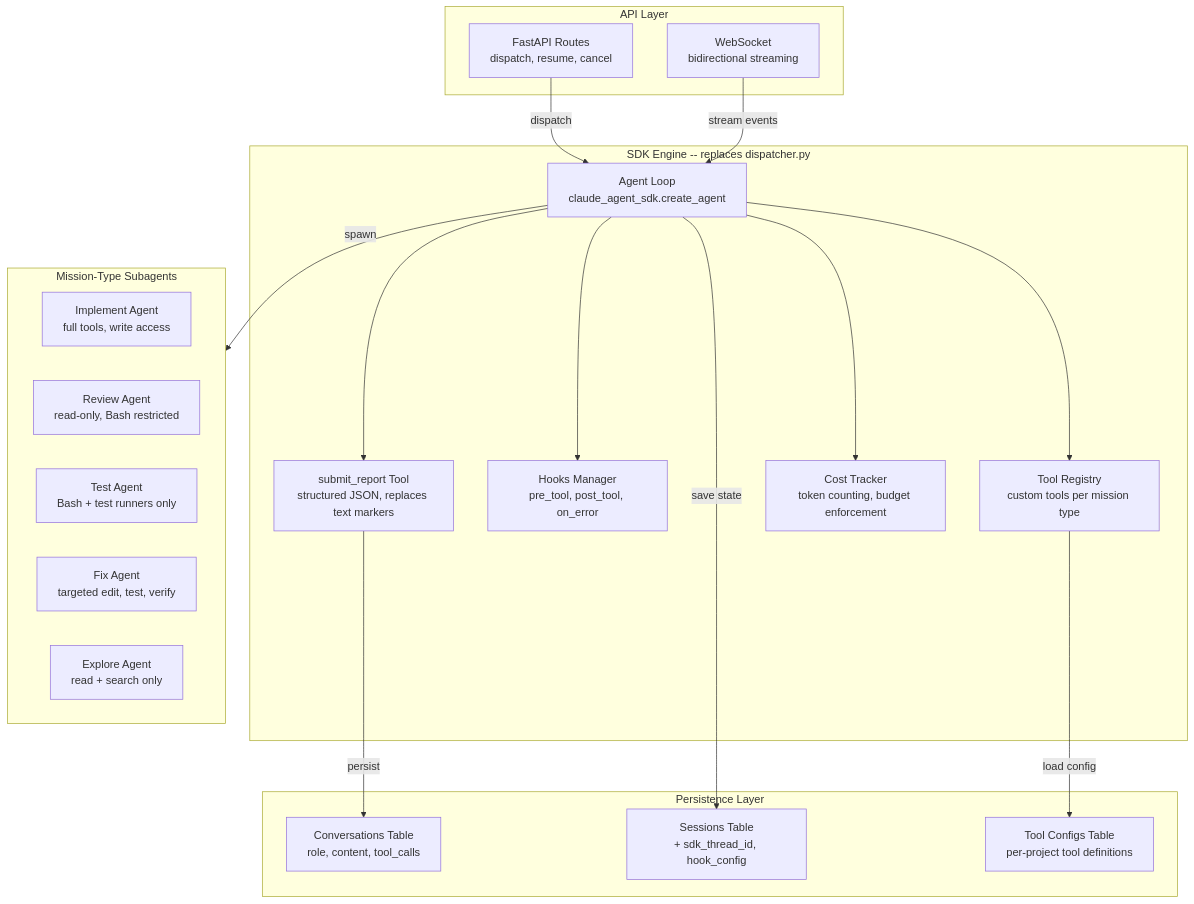
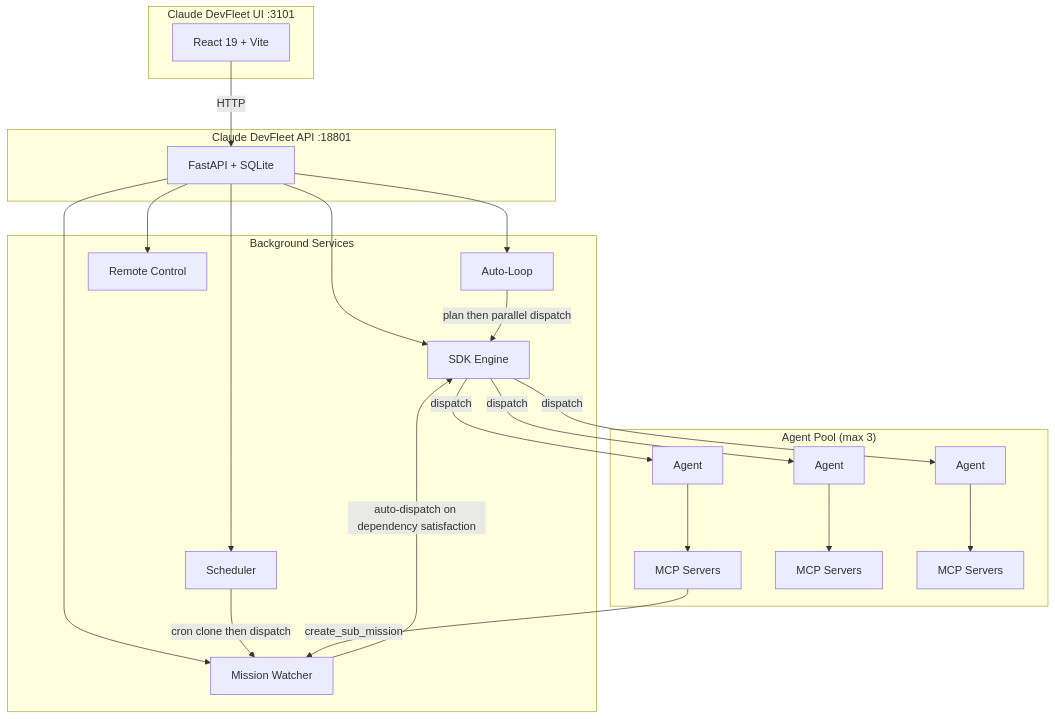
The first of 4 diagrams in diagrams/README.md (LEC-AI/DevFleet), drawn with Mermaid before and after one commit. The commit also changed other lines of this file, not shown here.

First line of the commit message:
Update diagrams README to show current architecture only

````diff
--- a/diagrams/README.md
+++ b/diagrams/README.md
@@ -125,40 +11,36 @@
 ```mermaid
 graph TD
-    subgraph APILayer["API Layer"]
-        Routes["FastAPI Routes\ndispatch, resume, cancel"]
-        WS["WebSocket\nbidirectional streaming"]
+    subgraph UI["Claude DevFleet UI :3101"]
+        Web["React 19 + Vite"]
     end
 
-    subgraph SDKEngine["SDK Engine -- replaces dispatcher.py"]
-        AgentLoop["Agent Loop\nclaude_agent_sdk.create_agent"]
-        ToolReg["Tool Registry\ncustom tools per mission type"]
-        HooksMgr["Hooks Manager\npre_tool, post_tool, on_error"]
-        ReportTool["submit_report Tool\nstructured JSON, replaces text markers"]
-        CostTrack["Cost Tracker\ntoken counting, budget enforcement"]
+    subgraph API["Claude DevFleet API :18801"]
+        FastAPI["FastAPI + SQLite"]
     end
 
-    subgraph Persistence["Persistence Layer"]
-        ConvoDB["Conversations Table\nrole, content, tool_calls"]
-        SessionDB["Sessions Table\n+ sdk_thread_id, hook_config"]
-        ToolConfDB["Tool Configs Table\nper-project tool definitions"]
+    subgraph Services["Background Services"]
+        SDK["SDK Engine"]
+        Watcher["Mission Watcher"]
+        Sched["Scheduler"]
+        AutoLoop["Auto-Loop"]
+        Remote["Remote Control"]
     end
 
-    subgraph Subagents["Mission-Type Subagents"]
-        Implement["Implement Agent\nfull tools, write access"]
-        Review["Review Agent\nread-only, Bash restricted"]
-        Test["Test Agent\nBash + test runners only"]
-        Fix["Fix Agent\ntargeted edit, test, verify"]
-        Explore["Explore Agent\nread + search only"]
+    subgraph Agents["Agent Pool (max 3)"]
+        A1["Agent"] --> MCP1["MCP Servers"]
+        A2["Agent"] --> MCP2["MCP Servers"]
+        A3["Agent"] --> MCP3["MCP Servers"]
     end
 
-    Routes -->|"dispatch"| AgentLoop
-    WS -->|"stream events"| AgentLoop
-    AgentLoop --> ToolReg
-    AgentLoop --> HooksMgr
-    AgentLoop --> ReportTool
-    AgentLoop --> CostTrack
-    AgentLoop -->|"spawn"| Subagents
-    ReportTool -->|"persist"| ConvoDB
-    AgentLoop -->|"save state"| SessionDB
-    ToolReg -->|"load config"| ToolConfDB
+    Web -->|"HTTP"| FastAPI
+    FastAPI --> SDK
+    FastAPI --> Watcher
+    FastAPI --> Sched
+    FastAPI --> AutoLoop
+    FastAPI --> Remote
+    SDK -->|"dispatch"| A1 & A2 & A3
+    Watcher -->|"auto-dispatch on dependency satisfaction"| SDK
+    Sched -->|"cron clone then dispatch"| Watcher
+    AutoLoop -->|"plan then parallel dispatch"| SDK
+    MCP1 -->|"create_sub_mission"| Watcher
 ```
````
